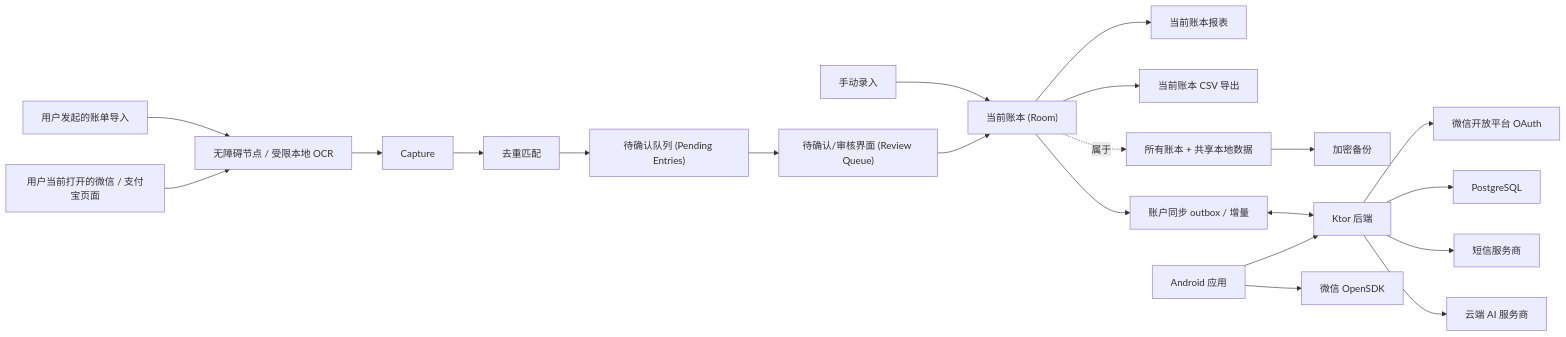
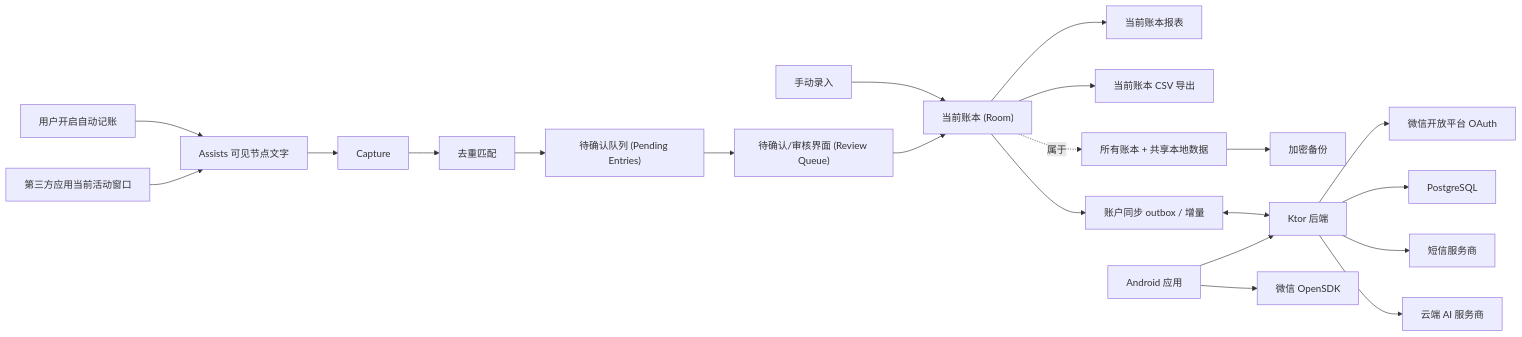
Before and after one commit to arfa069/auto-accounting: the diagram in docs/ARCHITECTURE.md, drawn with Mermaid. The commit also changed other lines of this file and 109 other files, not shown here.

````diff
--- a/docs/ARCHITECTURE.md
+++ b/docs/ARCHITECTURE.md
@@ -9,23 +9,23 @@
 ```mermaid
 flowchart LR
-  WeChat["用户当前打开的微信 / 支付宝页面"] --> A11y["无障碍节点 / 受限本地 OCR"]
-  Import["用户发起的账单导入"] --> A11y
+  Apps["第三方应用当前活动窗口"] --> A11y["Assists 可见节点文字"]
+  Toggle["用户开启自动记账"] --> A11y
   A11y --> Capture
   Capture --> Dedupe["去重匹配"]
   Dedupe --> Pending["待确认队列 (Pending Entries)"]
   Pending --> Review["待确认/审核界面 (Review Queue)"]
   Review --> Ledger["当前账本 (Room)"]
   Manual["手动录入"] --> Ledger
   Ledger --> Reports["当前账本报表"]
   Ledger --> CSV["当前账本 CSV 导出"]
   Books["所有账本 + 共享本地数据"] --> Backup["加密备份"]
   Ledger -. "属于" .-> Books
   App["Android 应用"] --> Backend["Ktor 后端"]
   Ledger --> Sync["账户同步 outbox / 增量"]
   Sync <--> Backend
   App --> WechatSdk["微信 OpenSDK"]
   Backend --> WechatOauth["微信开放平台 OAuth"]
   Backend --> PG["PostgreSQL"]
   Backend --> SMS["短信服务商"]
   Backend --> AI["云端 AI 服务商"]
 ```
````
